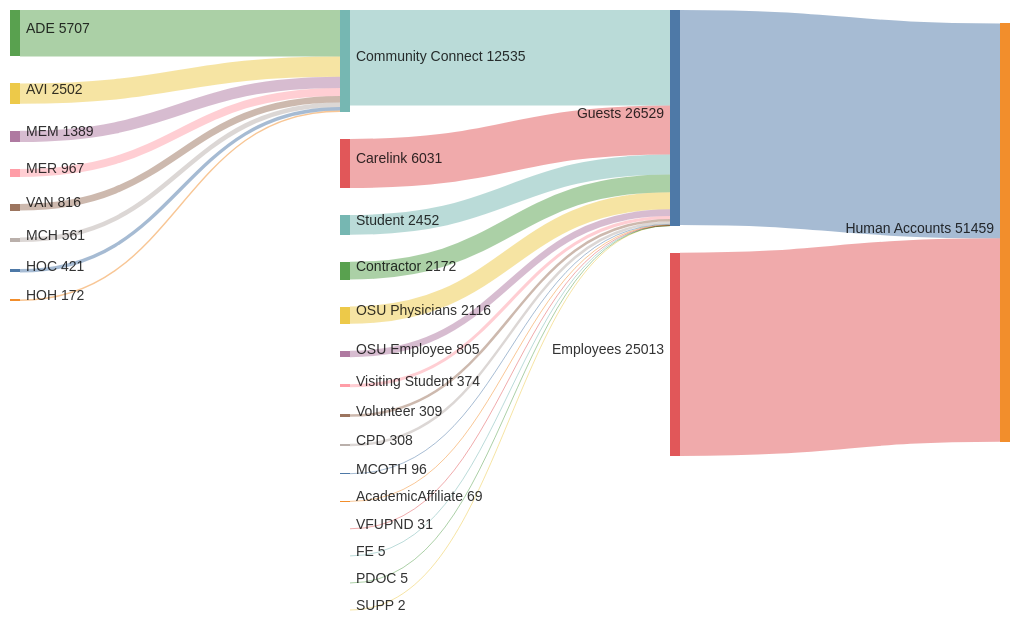
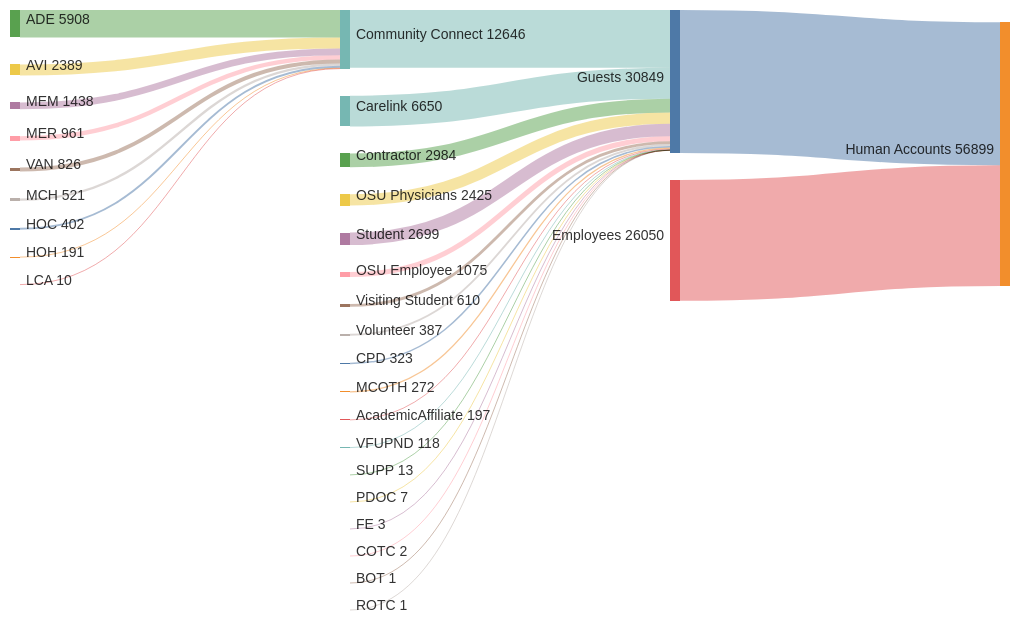
One commit to stahler/MermaidDiagrams changed the diagram in Users.md. Above: the diagram before and after it, drawn with Mermaid. The commit also changed 3 other files, not shown here.

````diff
--- a/Users.md
+++ b/Users.md
@@ -1,39 +1,43 @@
 ```mermaid
 ---
 config:
   sankey:
     showValues: true
     linkColor: source 
     nodeAlignment: right
     width: 1000
     height: 600
 ---
 sankey-beta
-Guests,             Human Accounts,     26446
-Employees,          Human Accounts,     25013
-Community Connect,  Guests,             11754
+Guests,             Human Accounts,     30849
+Employees,          Human Accounts,     26050
+Community Connect,  Guests,             12482
 
-ADE,Community Connect,5707
-AVI,Community Connect,2502
-MEM,Community Connect,1389
-MER,Community Connect,967
-VAN,Community Connect,816
-MCH,Community Connect,561
-HOC,Community Connect,421
-HOH,Community Connect,172
+ADE,                Community Connect,  5908
+AVI,                Community Connect,  2389
+MEM,                Community Connect,  1438
+MER,                Community Connect,  961
+VAN,                Community Connect,  826
+MCH,                Community Connect,  521
+HOC,                Community Connect,  402
+HOH,                Community Connect,  191
+LCA,                Community Connect,  10
 
-Carelink,           Guests,             6031
-Student,            Guests,             2452 
-Contractor,         Guests,             2172 
-OSU Physicians,     Guests,             2116 
-OSU Employee,       Guests,             805 
-Visiting Student,   Guests,             374 
-Volunteer,          Guests,             309 
-CPD,                Guests,             308
-MCOTH,              Guests,             96
-AcademicAffiliate,  Guests,             69
-VFUPND,             Guests,             31
-FE,                 Guests,             5
-PDOC,               Guests,             5
-SUPP,               Guests,             2
+Carelink,           Guests,             6650
+Contractor,         Guests,             2984
+OSU Physicians,     Guests,             2425
+Student,            Guests,             2699 
+OSU Employee,       Guests,             1075 
+Visiting Student,   Guests,             610 
+Volunteer,          Guests,             387 
+CPD,                Guests,             323
+MCOTH,              Guests,             272
+AcademicAffiliate,  Guests,             197
+VFUPND,             Guests,             118
+SUPP,               Guests,             13
+PDOC,               Guests,             7
+FE,                 Guests,             3
+COTC,               Guests,             2
+BOT,                Guests,             1
+ROTC,               Guests,             1
  ```
````
